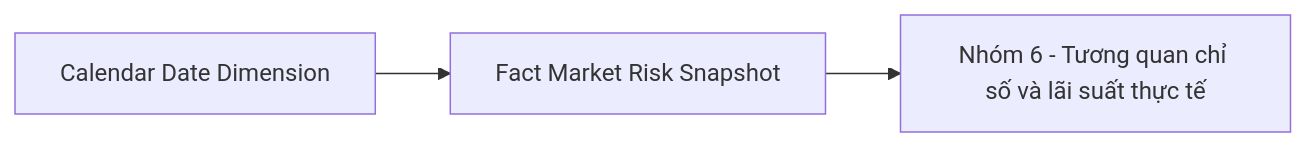
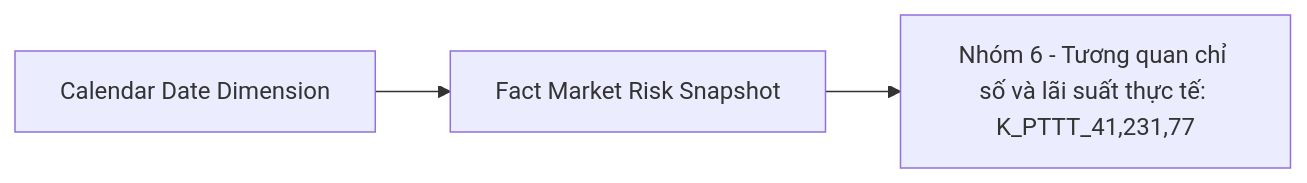
One commit to linhlvit/ubck_atomic_design changed diagram 20 of 51 in Datamart/hld/DTM_PTTT_HLD.md. Above: the diagram before and after it, drawn with Mermaid. The commit also changed other lines of this file and 11 other files, not shown here.

````diff
--- a/Datamart/hld/DTM_PTTT_HLD.md
+++ b/Datamart/hld/DTM_PTTT_HLD.md
@@ -903,8 +878,5 @@
 ```mermaid
 flowchart LR
-    fct_mkt_rsk_snpst["Fact Market Risk Snapshot"]
-    cdr_dt_dim["Calendar Date Dimension"]
-    rpt_nhom6["Nhóm 6 - Tương quan chỉ số và lãi suất thực tế"]
-    cdr_dt_dim --> fct_mkt_rsk_snpst
-    fct_mkt_rsk_snpst --> rpt_nhom6
+    fct_mkt_rsk_snpst["Fact Market Risk Snapshot"] --> rpt_nhom6["Nhóm 6 - Tương quan chỉ số và lãi suất thực tế: K_PTTT_41,231,77"]
+    cdr_dt_dim["Calendar Date Dimension"] --> fct_mkt_rsk_snpst
 ```
````
